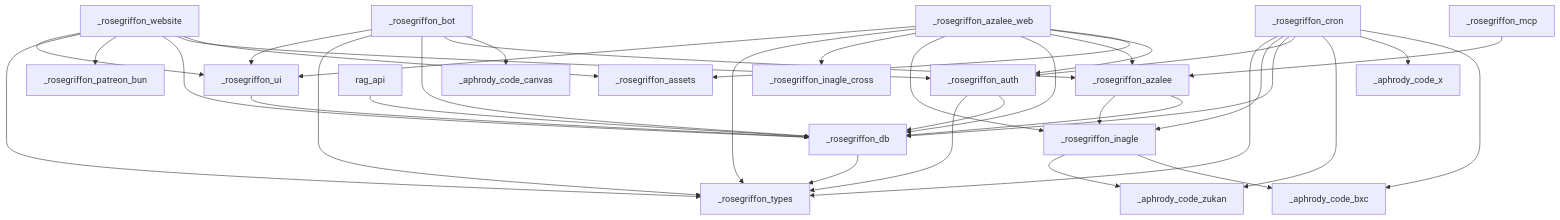
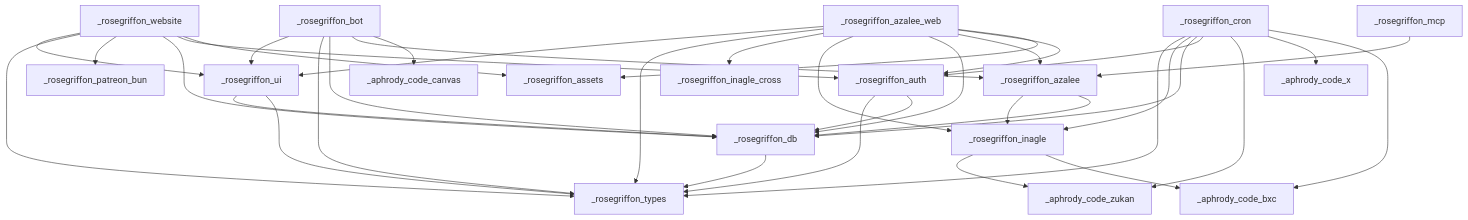
One commit to aphrody-labs/rosegriffon changed the diagram in docs/rg/REPO_MAP.md. Above: the diagram before and after it, drawn with Mermaid. The commit also changed other lines of this file and 103 other files, not shown here.

````diff
--- a/docs/rg/REPO_MAP.md
+++ b/docs/rg/REPO_MAP.md
@@ -409,39 +379,39 @@
 ```mermaid
 graph TD
     _rosegriffon_azalee_web --> _rosegriffon_assets
     _rosegriffon_azalee_web --> _rosegriffon_auth
     _rosegriffon_azalee_web --> _rosegriffon_azalee
     _rosegriffon_azalee_web --> _rosegriffon_db
     _rosegriffon_azalee_web --> _rosegriffon_inagle
     _rosegriffon_azalee_web --> _rosegriffon_inagle_cross
     _rosegriffon_azalee_web --> _rosegriffon_types
     _rosegriffon_azalee_web --> _rosegriffon_ui
-    rag_api --> _rosegriffon_db
     _rosegriffon_bot --> _aphrody_code_canvas
     _rosegriffon_bot --> _rosegriffon_azalee
     _rosegriffon_bot --> _rosegriffon_db
     _rosegriffon_bot --> _rosegriffon_types
     _rosegriffon_bot --> _rosegriffon_ui
     _rosegriffon_website --> _rosegriffon_assets
     _rosegriffon_website --> _rosegriffon_auth
     _rosegriffon_website --> _rosegriffon_db
     _rosegriffon_website --> _rosegriffon_patreon_bun
     _rosegriffon_website --> _rosegriffon_types
     _rosegriffon_website --> _rosegriffon_ui
     _rosegriffon_azalee --> _rosegriffon_db
     _rosegriffon_azalee --> _rosegriffon_inagle
     _rosegriffon_auth --> _rosegriffon_db
     _rosegriffon_auth --> _rosegriffon_types
     _rosegriffon_cron --> _aphrody_code_bxc
     _rosegriffon_cron --> _aphrody_code_x
     _rosegriffon_cron --> _aphrody_code_zukan
     _rosegriffon_cron --> _rosegriffon_auth
     _rosegriffon_cron --> _rosegriffon_db
     _rosegriffon_cron --> _rosegriffon_inagle
     _rosegriffon_cron --> _rosegriffon_types
     _rosegriffon_db --> _rosegriffon_types
     _rosegriffon_inagle --> _aphrody_code_bxc
     _rosegriffon_inagle --> _aphrody_code_zukan
+    _rosegriffon_ui --> _rosegriffon_types
     _rosegriffon_ui --> _rosegriffon_db
     _rosegriffon_mcp --> _rosegriffon_azalee
 ```
````
